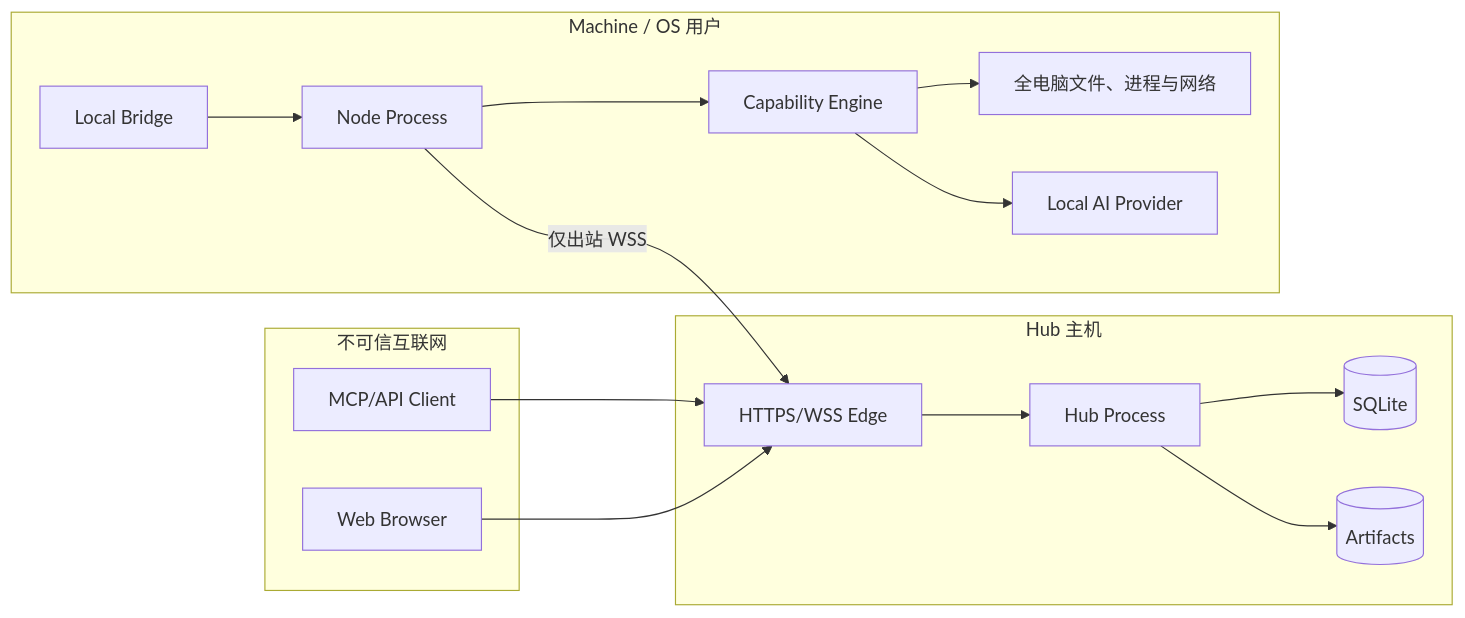
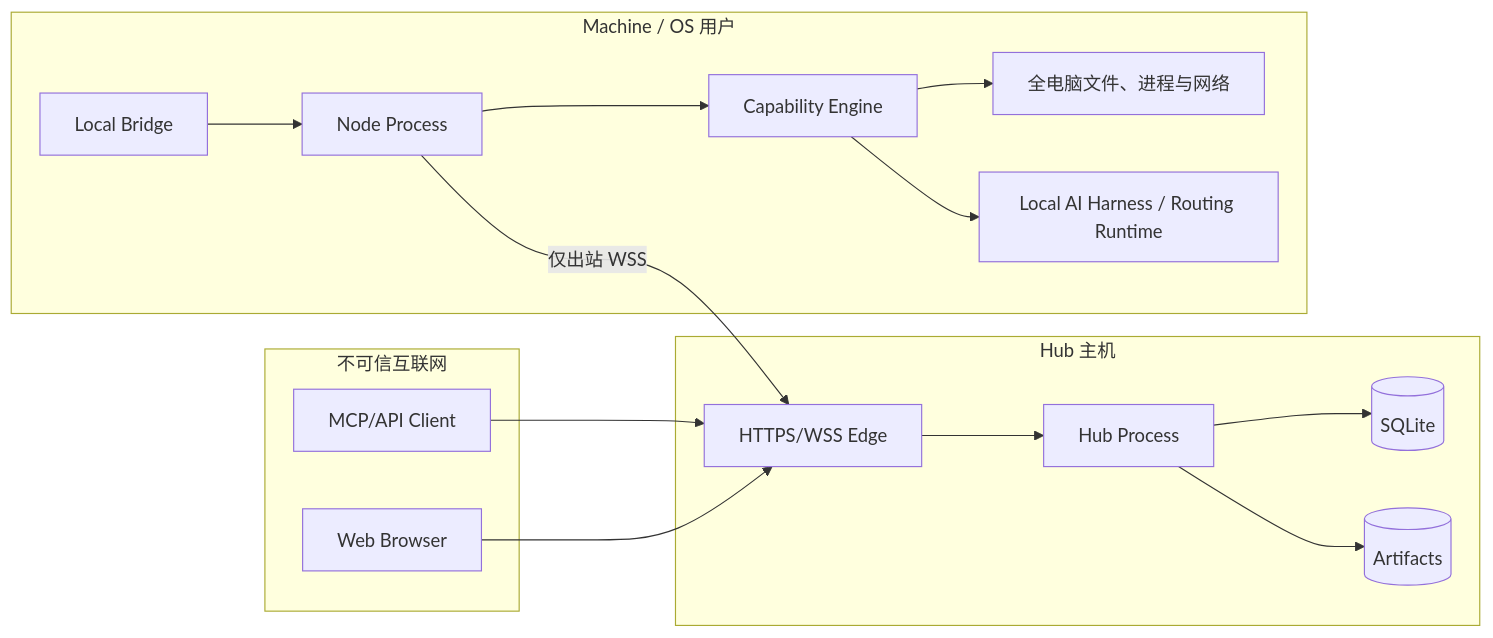
Before and after one commit to isguang2024/fast-spider: the diagram in docs/09-security-threat-model.md, drawn with Mermaid. The commit also changed other lines of this file and 50 other files, not shown here.

````diff
--- a/docs/09-security-threat-model.md
+++ b/docs/09-security-threat-model.md
@@ -52,32 +52,32 @@
 ```mermaid
 flowchart LR
     subgraph Internet[不可信互联网]
       MCP[MCP/API Client]
       Web[Web Browser]
     end
 
     subgraph HubBoundary[Hub 主机]
       Edge[HTTPS/WSS Edge]
       Hub[Hub Process]
       DB[(SQLite)]
       Art[(Artifacts)]
     end
 
     subgraph NodeBoundary[Machine / OS 用户]
       Node[Node Process]
       Local[Local Bridge]
       Cap[Capability Engine]
       FS[全电脑文件、进程与网络]
-      Agent[Local AI Provider]
+      Agent[Local AI Harness / Routing Runtime]
     end
 
     MCP --> Edge
     Web --> Edge
     Edge --> Hub
     Hub --> DB
     Hub --> Art
     Node -->|仅出站 WSS| Edge
     Local --> Node
     Node --> Cap --> FS
     Cap --> Agent
 ```
````
